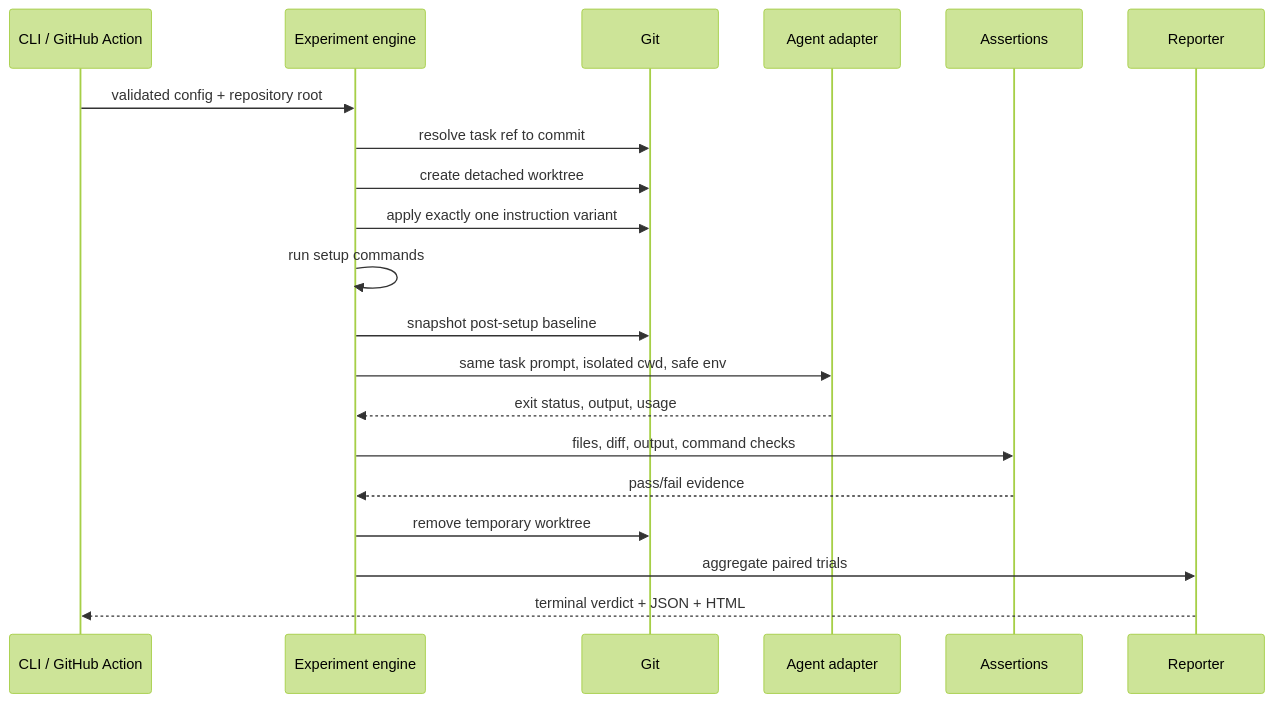
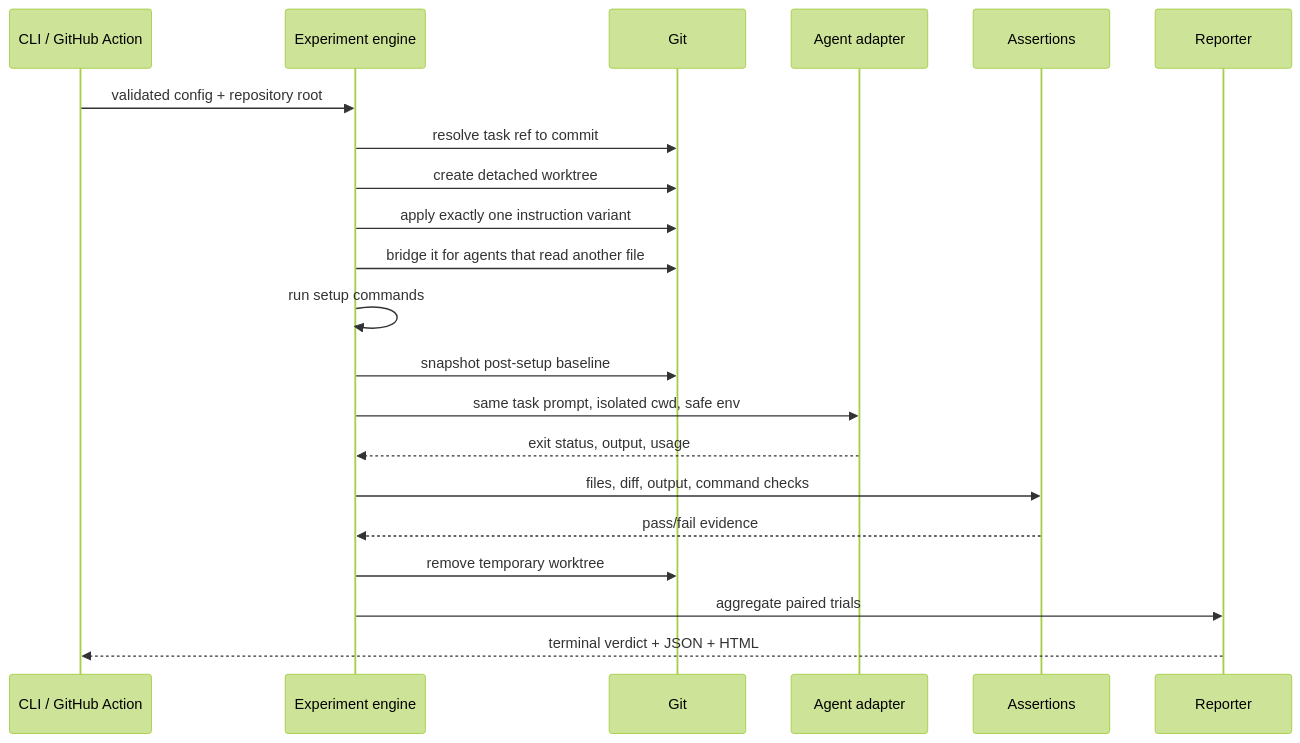
Before and after one commit to erickdronski/contexttest: the second of 2 diagrams in docs/ARCHITECTURE.md, drawn with Mermaid (forest theme). The commit also changed other lines of this file and 15 other files, not shown here.

````diff
--- a/docs/ARCHITECTURE.md
+++ b/docs/ARCHITECTURE.md
@@ -31,23 +31,24 @@
 ```mermaid
 sequenceDiagram
   participant CLI as CLI / GitHub Action
   participant Engine as Experiment engine
   participant Git as Git
   participant Agent as Agent adapter
   participant Checks as Assertions
   participant Report as Reporter
 
   CLI->>Engine: validated config + repository root
   Engine->>Git: resolve task ref to commit
   Engine->>Git: create detached worktree
   Engine->>Git: apply exactly one instruction variant
+  Engine->>Git: bridge it for agents that read another file
   Engine->>Engine: run setup commands
   Engine->>Git: snapshot post-setup baseline
   Engine->>Agent: same task prompt, isolated cwd, safe env
   Agent-->>Engine: exit status, output, usage
   Engine->>Checks: files, diff, output, command checks
   Checks-->>Engine: pass/fail evidence
   Engine->>Git: remove temporary worktree
   Engine->>Report: aggregate paired trials
   Report-->>CLI: terminal verdict + JSON + HTML
 ```
````
